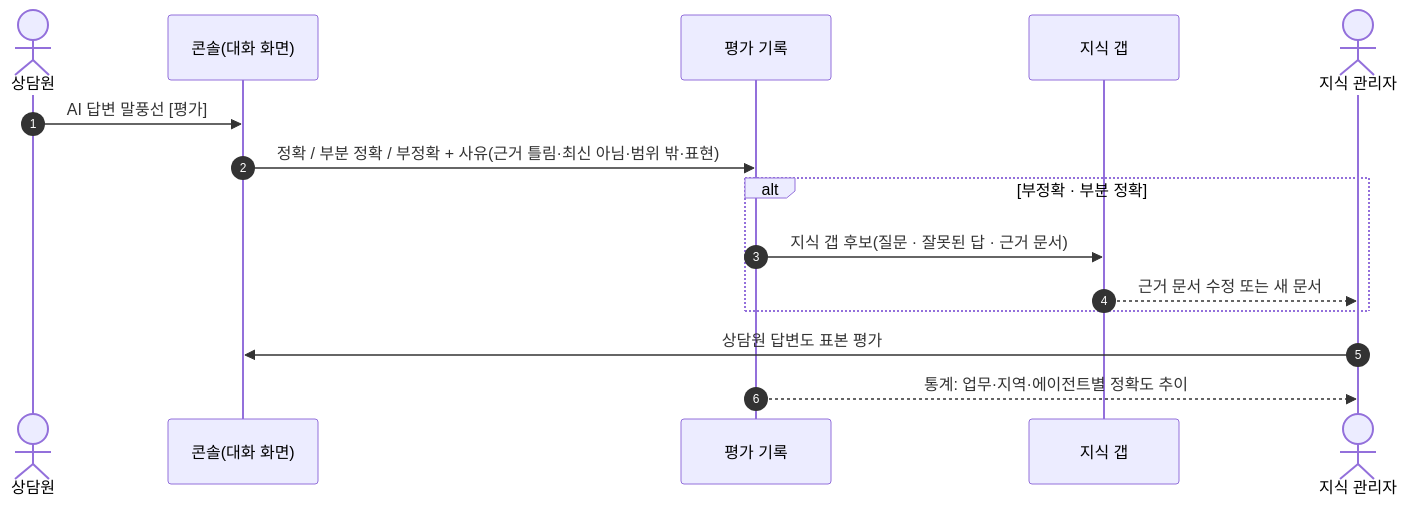
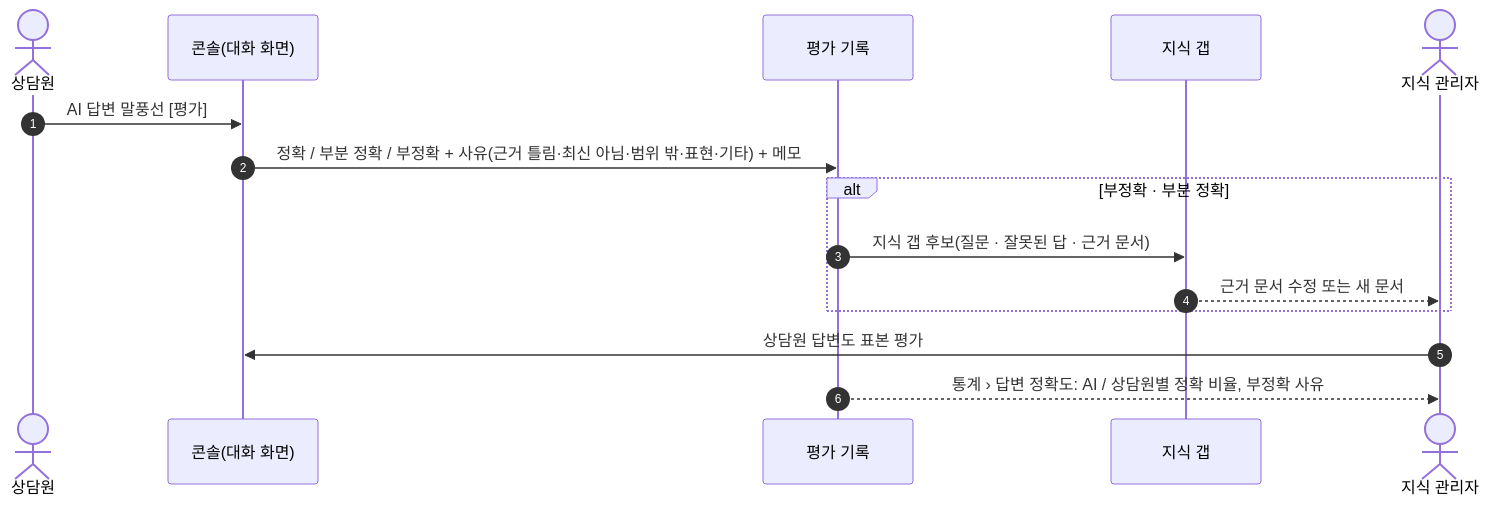
Diagram 12 of 15 in docs/plan/PLN-261015-SharpTalk-for-Go2Joy-Project-Plan.md (amoeba-group/btbz-sharp-talk), drawn with Mermaid before and after one commit. The commit also changed other lines of this file and 4 other files, not shown here.

````diff
--- a/docs/plan/PLN-261015-SharpTalk-for-Go2Joy-Project-Plan.md
+++ b/docs/plan/PLN-261015-SharpTalk-for-Go2Joy-Project-Plan.md
@@ -538,17 +556,17 @@
 ```mermaid
 sequenceDiagram
   autonumber
   actor AG as 상담원
   participant CON as 콘솔(대화 화면)
   participant EV as 평가 기록
   participant G as 지식 갭
   actor KM as 지식 관리자
   AG->>CON: AI 답변 말풍선 [평가]
-  CON->>EV: 정확 / 부분 정확 / 부정확 + 사유(근거 틀림·최신 아님·범위 밖·표현)
+  CON->>EV: 정확 / 부분 정확 / 부정확 + 사유(근거 틀림·최신 아님·범위 밖·표현·기타) + 메모
   alt 부정확 · 부분 정확
     EV->>G: 지식 갭 후보(질문 · 잘못된 답 · 근거 문서)
     G-->>KM: 근거 문서 수정 또는 새 문서
   end
   KM->>CON: 상담원 답변도 표본 평가
-  EV-->>KM: 통계: 업무·지역·에이전트별 정확도 추이
+  EV-->>KM: 통계 › 답변 정확도: AI / 상담원별 정확 비율, 부정확 사유
 ```
````
